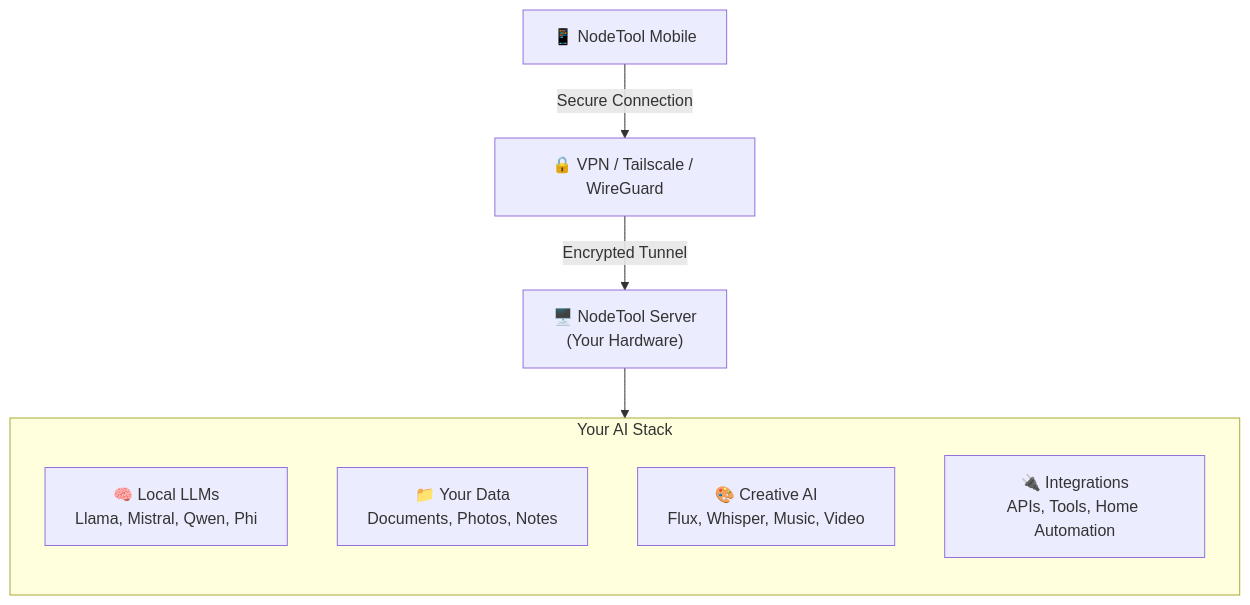
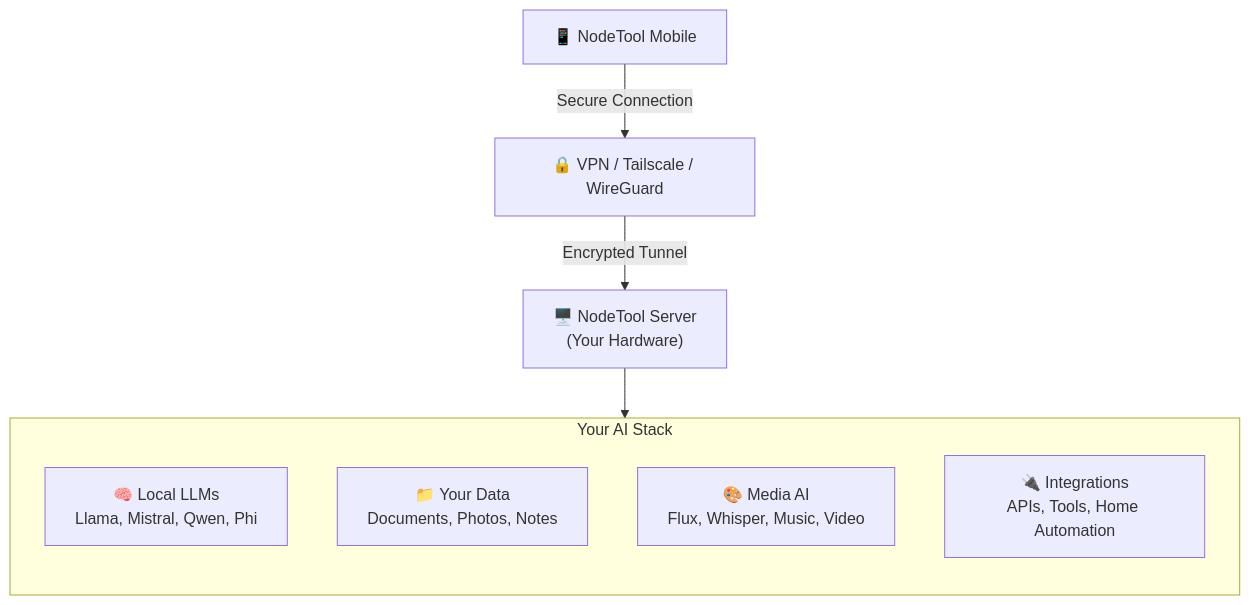
The diagram in docs/index.md (nodetool-ai/nodetool), drawn with Mermaid before and after one commit. The commit also changed other lines of this file and 1 other file, not shown here.

Commit message:
Remove remaining creative-only language for full inclusivity

```diff
--- a/docs/index.md
+++ b/docs/index.md
@@ -138,16 +138,16 @@
     {% mermaid %}
     flowchart TB
       Mobile["📱 NodeTool Mobile"] --> |Secure Connection| VPN
       VPN["🔒 VPN / Tailscale / WireGuard"] --> |Encrypted Tunnel| Server
       Server["🖥️ NodeTool Server<br/>(Your Hardware)"]
 
       subgraph Stack["Your AI Stack"]
         direction TB
         LLMs["🧠 Local LLMs<br/>Llama, Mistral, Qwen, Phi"]
         Data["📁 Your Data<br/>Documents, Photos, Notes"]
-        Creative["🎨 Creative AI<br/>Flux, Whisper, Music, Video"]
+        Media["🎨 Media AI<br/>Flux, Whisper, Music, Video"]
         Integrations["🔌 Integrations<br/>APIs, Tools, Home Automation"]
       end
 
       Server --> Stack
     {% endmermaid %}
```
